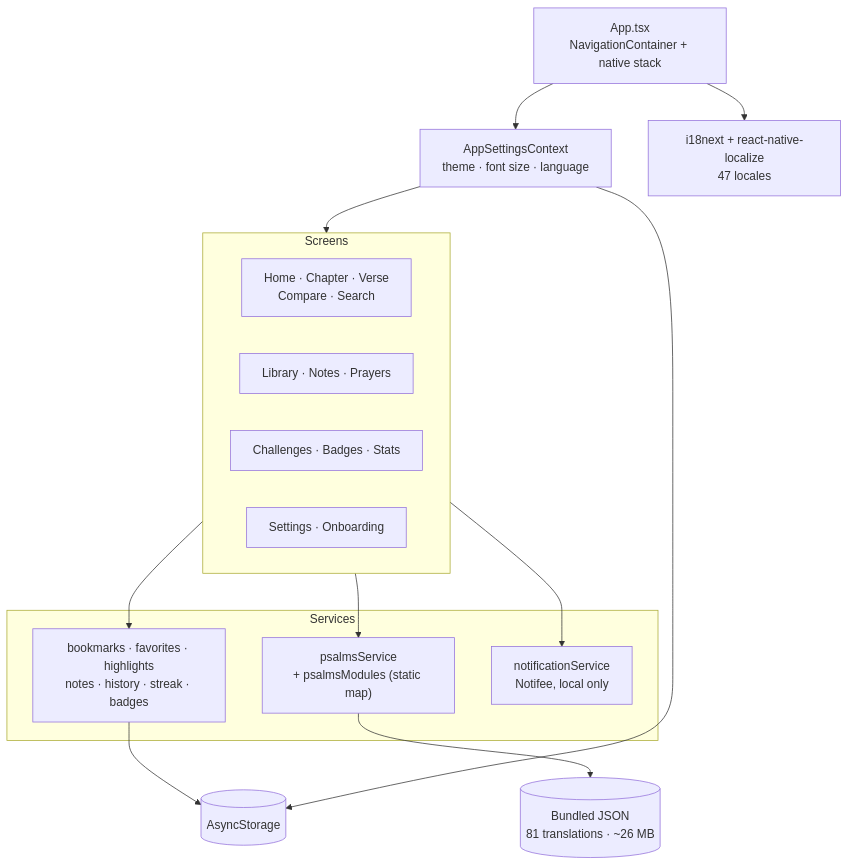
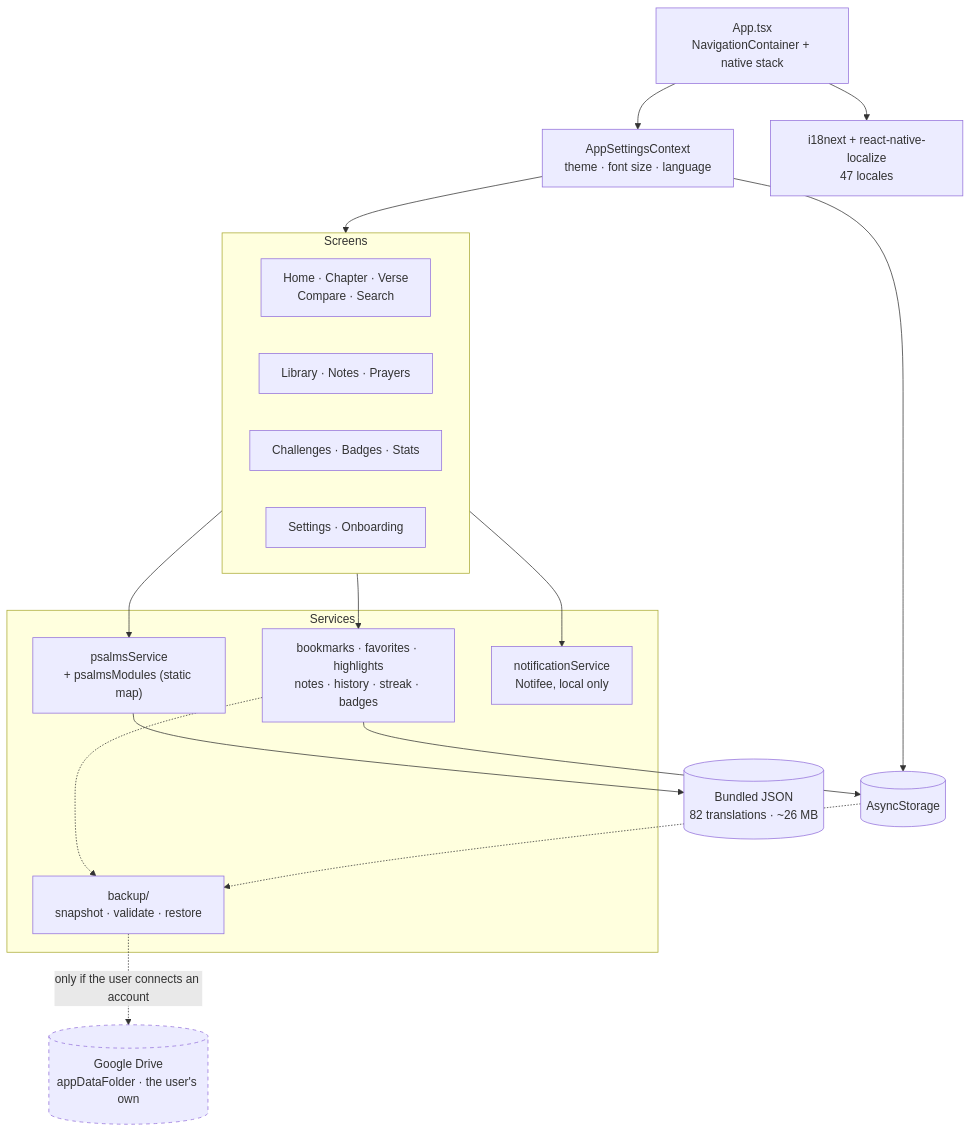
One commit to atj393/psalms-way-app changed the diagram in README.md. Above: the diagram before and after it, drawn with Mermaid. The commit also changed other lines of this file and 5 other files, not shown here.

````diff
--- a/README.md
+++ b/README.md
@@ -94,29 +111,37 @@
 ```mermaid
 flowchart TD
     APP["App.tsx<br/>NavigationContainer + native stack"]
     CTX["AppSettingsContext<br/>theme · font size · language"]
 
     subgraph SCREENS["Screens"]
         READ["Home · Chapter · Verse<br/>Compare · Search"]
         LIB["Library · Notes · Prayers"]
         GAME["Challenges · Badges · Stats"]
         SET["Settings · Onboarding"]
     end
 
     subgraph SVC["Services"]
         PS["psalmsService<br/>+ psalmsModules (static map)"]
         USER["bookmarks · favorites · highlights<br/>notes · history · streak · badges"]
         NOTIF["notificationService<br/>Notifee, local only"]
+        SNAP["backup/<br/>snapshot · validate · restore"]
     end
 
-    DATA[("Bundled JSON<br/>81 translations · ~26 MB")]
+    DATA[("Bundled JSON<br/>82 translations · ~26 MB")]
     STORE[("AsyncStorage")]
     I18N["i18next + react-native-localize<br/>47 locales"]
 
     APP --> CTX --> SCREENS
     SCREENS --> PS --> DATA
     SCREENS --> USER --> STORE
     CTX --> STORE
     SCREENS --> NOTIF
     APP --> I18N
+
+    USER -.-> SNAP
+    STORE -.-> SNAP
+    SNAP -. "only if the user connects an account" .-> DRIVE
+    DRIVE[("Google Drive<br/>appDataFolder · the user's own")]
+
+    style DRIVE stroke-dasharray: 5 5
 ```
````
